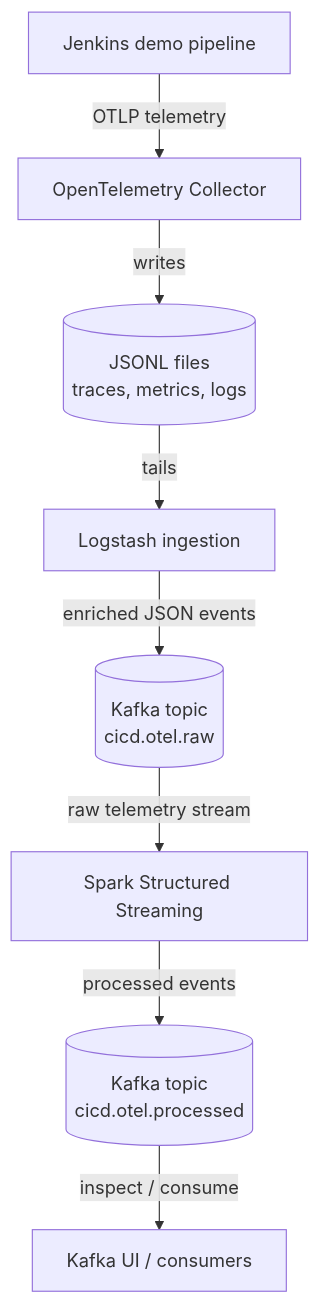
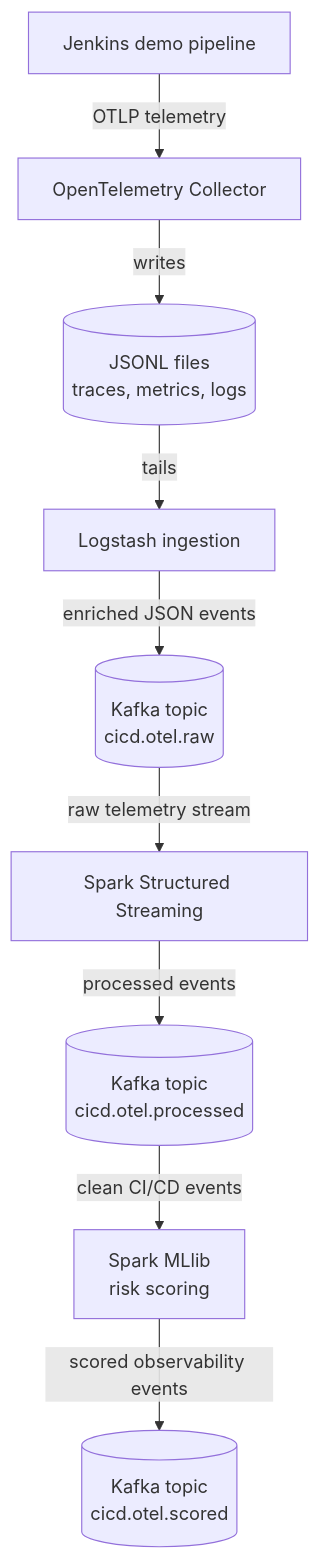
The diagram in docs/00-Pipeline_Overview.md (Darakuu/CI-CD-Observability-Stream), drawn with Mermaid before and after one commit. The commit also changed 2 other files, not shown here.

Commit message:
chore: update docs with the new MLib step

````diff
--- a/docs/00-Pipeline_Overview.md
+++ b/docs/00-Pipeline_Overview.md
@@ -7,19 +7,21 @@
 ```mermaid
 flowchart TD
     Jenkins["Jenkins demo pipeline"]
     OTel["OpenTelemetry Collector"]
     Files[("JSONL files\ntraces, metrics, logs")]
     Logstash["Logstash ingestion"]
     RawKafka[("Kafka topic\ncicd.otel.raw")]
     Spark["Spark Structured Streaming"]
     ProcessedKafka[("Kafka topic\ncicd.otel.processed")]
-    KafkaUI["Kafka UI / consumers"]
+    MLlib["Spark MLlib\nrisk scoring"]
+    ScoredKafka[("Kafka topic\ncicd.otel.scored")]
 
     Jenkins -->|"OTLP telemetry"| OTel
     OTel -->|"writes"| Files
     Files -->|"tails"| Logstash
     Logstash -->|"enriched JSON events"| RawKafka
     RawKafka -->|"raw telemetry stream"| Spark
     Spark -->|"processed events"| ProcessedKafka
-    ProcessedKafka -->|"inspect / consume"| KafkaUI
+    ProcessedKafka -->|"clean CI/CD events"| MLlib
+    MLlib -->|"scored observability events"| ScoredKafka
 ```
````
